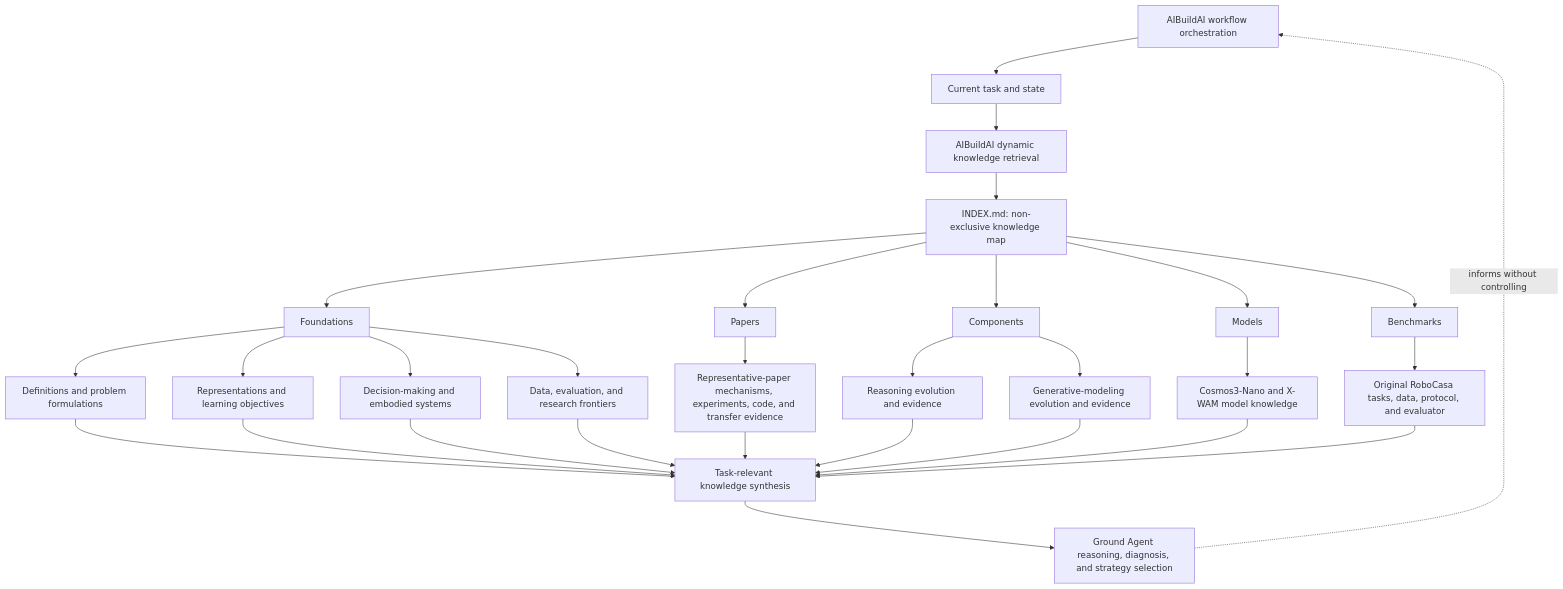
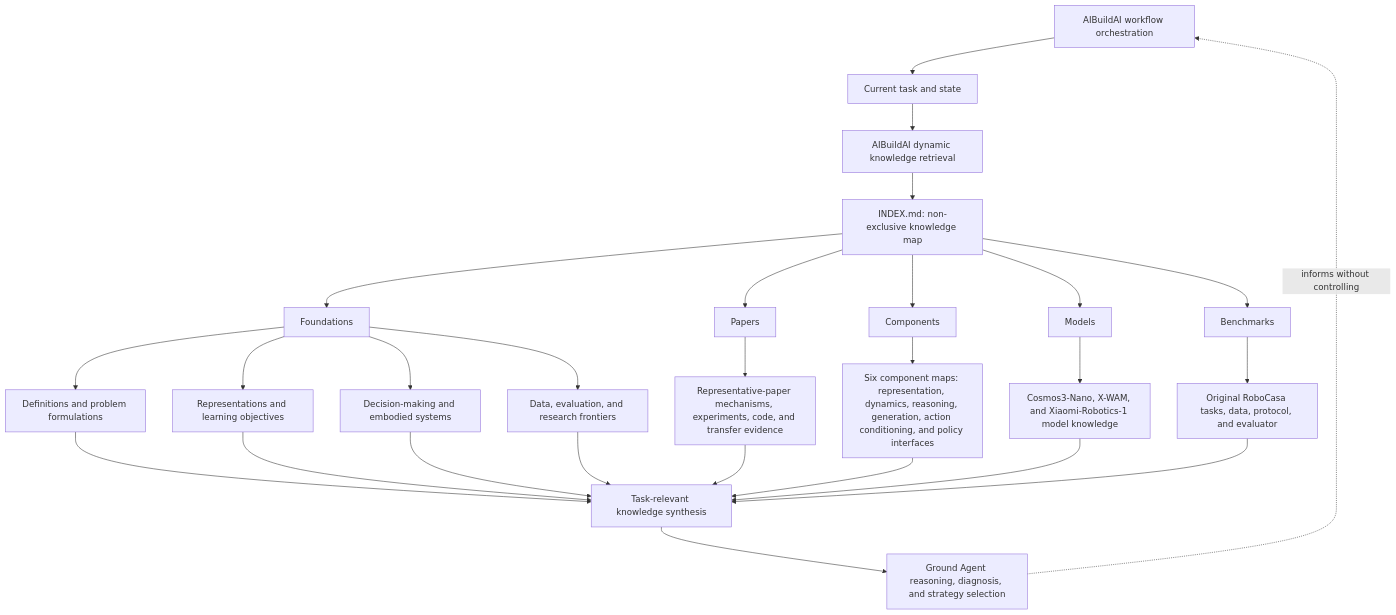
The diagram in README.md (ABA-WM-Knowledge-Base/ABA-WM-Knowledge-Base), drawn with Mermaid before and after one commit. The commit also changed other lines of this file and 9 other files, not shown here.

````diff
--- a/README.md
+++ b/README.md
@@ -28,36 +28,34 @@
 ```mermaid
 flowchart TD
     O["AIBuildAI workflow orchestration"] --> T["Current task and state"]
     T --> R["AIBuildAI dynamic knowledge retrieval"]
     R --> I["INDEX.md: non-exclusive knowledge map"]
 
     I --> F["Foundations"]
     I --> P["Papers"]
     I --> X["Components"]
     I --> M["Models"]
     I --> B["Benchmarks"]
 
     F --> F1["Definitions and problem formulations"]
     F --> F2["Representations and learning objectives"]
     F --> F3["Decision-making and embodied systems"]
     F --> F4["Data, evaluation, and research frontiers"]
 
     P --> PE["Representative-paper mechanisms, experiments, code, and transfer evidence"]
-    X --> XR["Reasoning evolution and evidence"]
-    X --> XG["Generative-modeling evolution and evidence"]
-    M --> C["Cosmos3-Nano and X-WAM model knowledge"]
+    X --> XC["Six component maps: representation, dynamics, reasoning, generation, action conditioning, and policy interfaces"]
+    M --> C["Cosmos3-Nano, X-WAM, and Xiaomi-Robotics-1 model knowledge"]
     B --> RB["Original RoboCasa tasks, data, protocol, and evaluator"]
 
     F1 --> S["Task-relevant knowledge synthesis"]
     F2 --> S
     F3 --> S
     F4 --> S
     PE --> S
-    XR --> S
-    XG --> S
+    XC --> S
     C --> S
     RB --> S
 
     S --> D["Ground Agent reasoning, diagnosis, and strategy selection"]
     D -.->|informs without controlling| O
 ```
````
